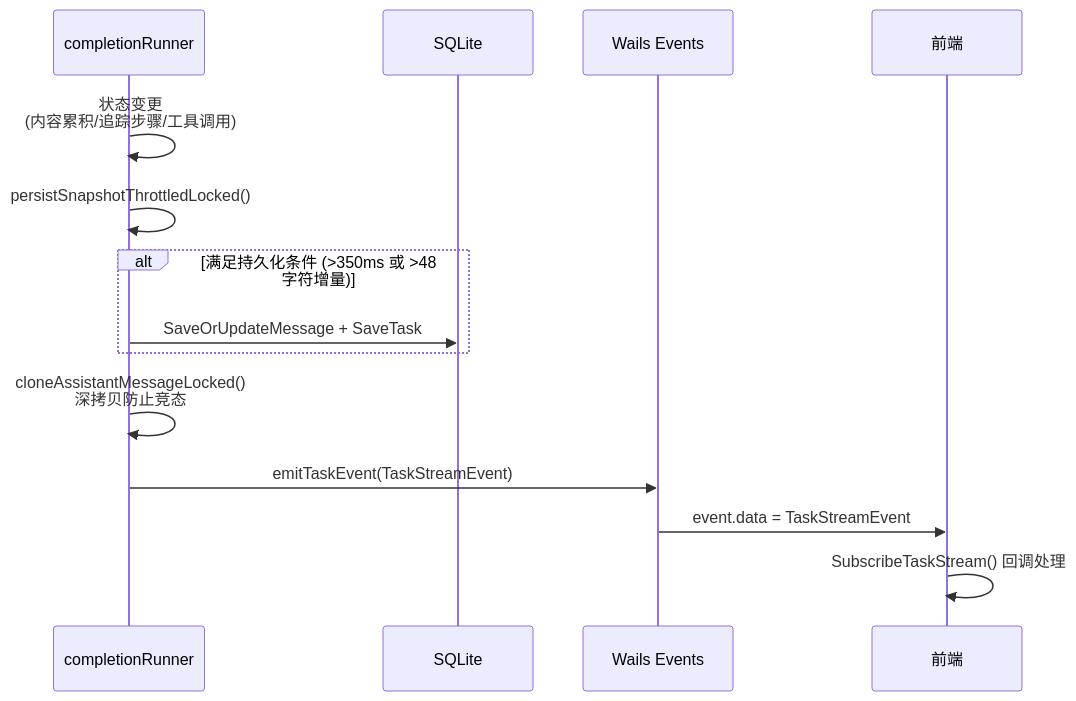
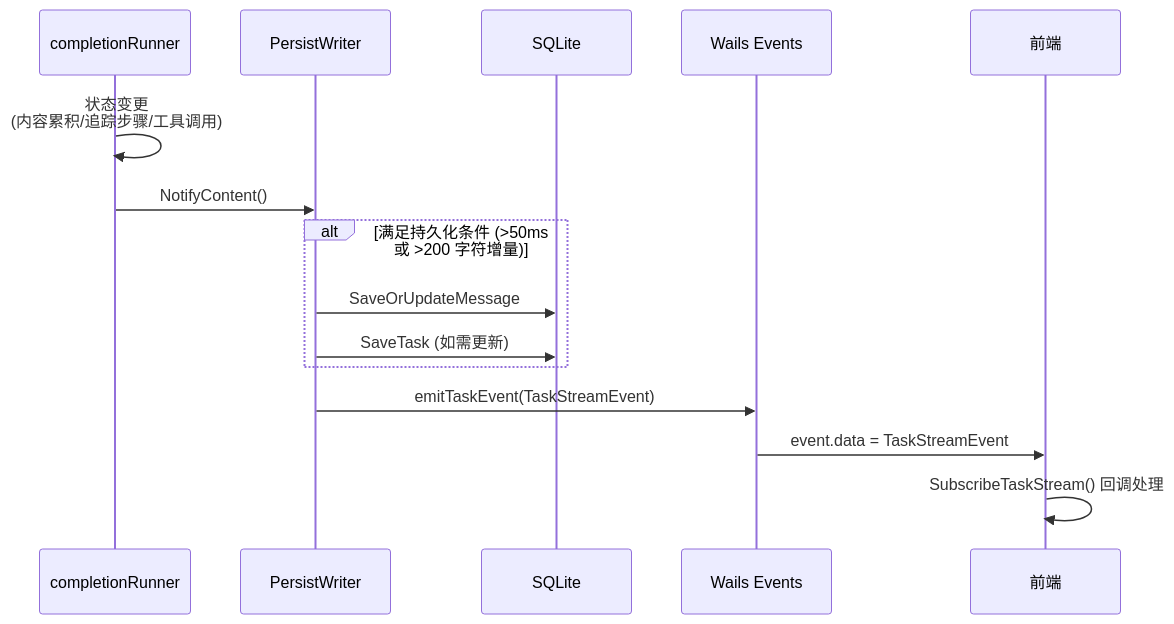
Before and after one commit to MikeLINGxZ/justchat: the eighth of 8 diagrams in docs/agent-flow.md, drawn with Mermaid. The commit also changed other lines of this file and 17 other files, not shown here.

````diff
--- a/docs/agent-flow.md
+++ b/docs/agent-flow.md
@@ -419,19 +828,20 @@
 ```mermaid
 sequenceDiagram
     participant Runner as completionRunner
+    participant PW as PersistWriter
     participant DB as SQLite
     participant Events as Wails Events
     participant FE as 前端
 
     Runner->>Runner: 状态变更<br/>(内容累积/追踪步骤/工具调用)
-    Runner->>Runner: persistSnapshotThrottledLocked()
+    Runner->>PW: NotifyContent()
 
-    alt 满足持久化条件 (>350ms 或 >48 字符增量)
-        Runner->>DB: SaveOrUpdateMessage + SaveTask
+    alt 满足持久化条件 (>50ms 或 >200 字符增量)
+        PW->>DB: SaveOrUpdateMessage
+        PW->>DB: SaveTask (如需更新)
     end
 
-    Runner->>Runner: cloneAssistantMessageLocked()<br/>深拷贝防止竞态
-    Runner->>Events: emitTaskEvent(TaskStreamEvent)
+    PW->>Events: emitTaskEvent(TaskStreamEvent)
     Events->>FE: event.data = TaskStreamEvent
     FE->>FE: SubscribeTaskStream() 回调处理
 ```
````
